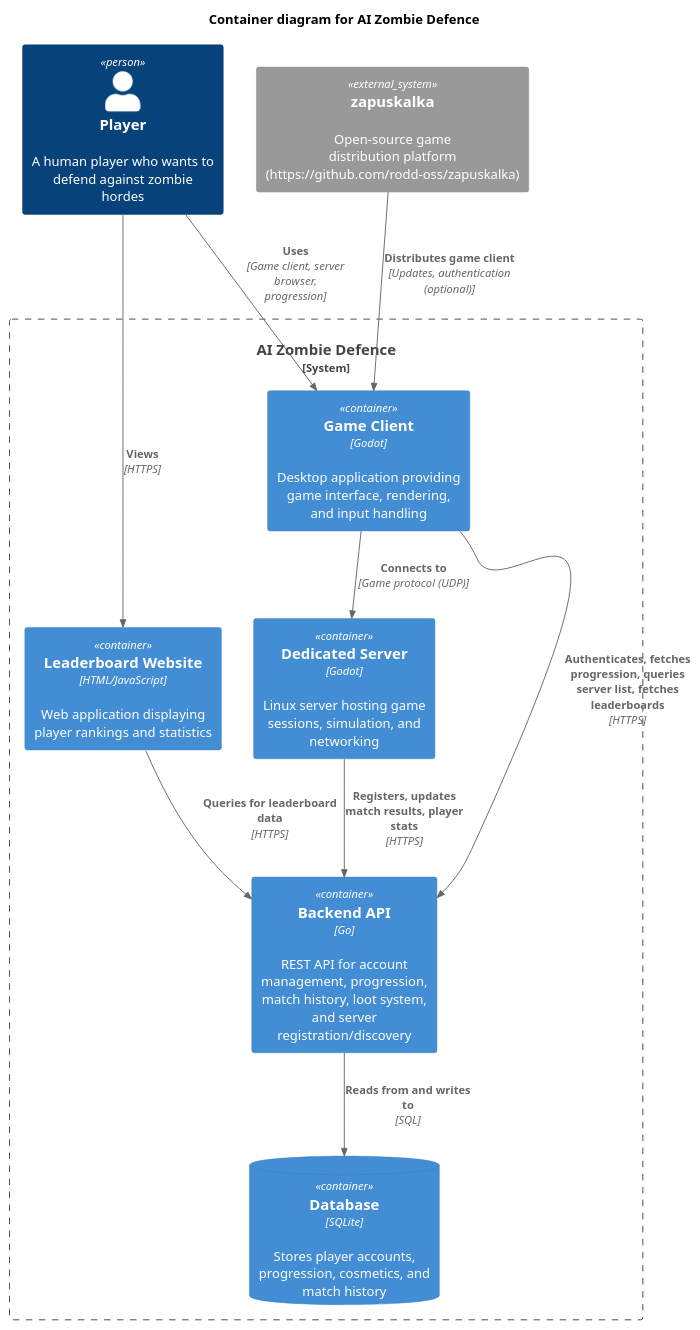
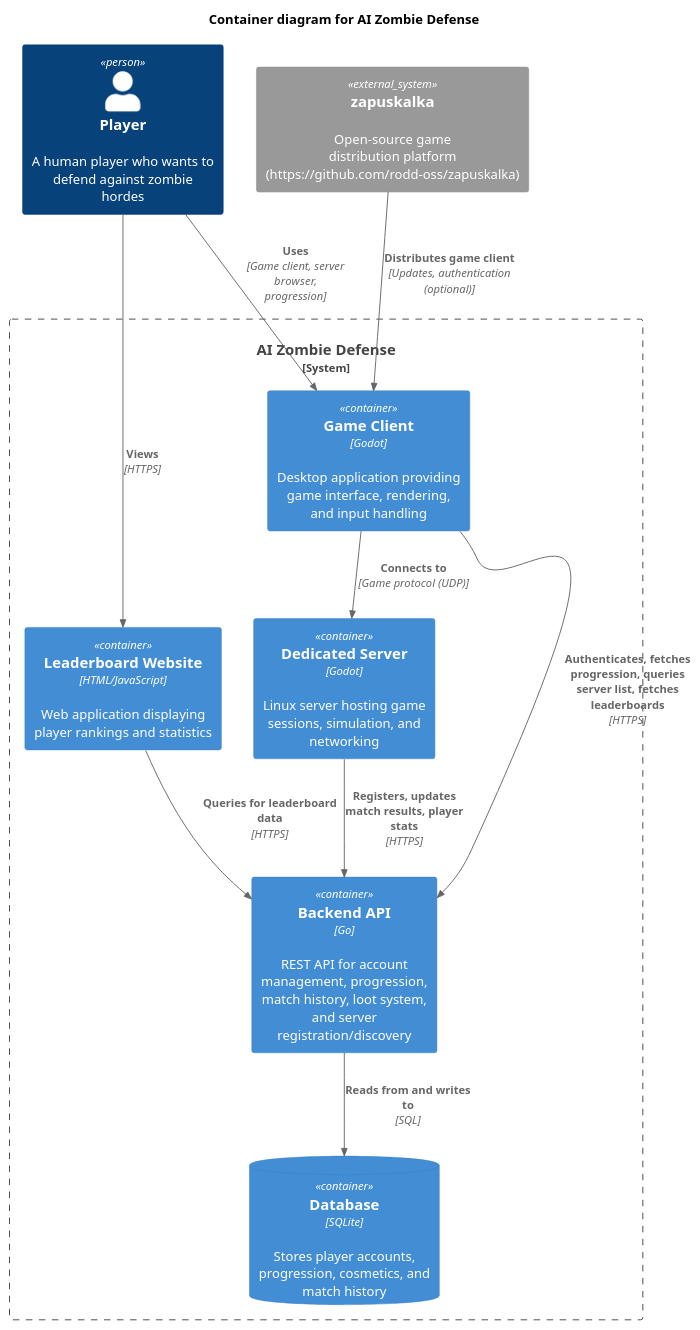
Before and after one commit to rodd-oss/ai-zombie-defense: the diagram in docs/c4/container.puml, drawn with PlantUML. The commit also changed 7 other files, not shown here.

First line of the commit message:
Update C4 diagrams and PRD documentation

```diff
--- a/docs/c4/container.puml
+++ b/docs/c4/container.puml
@@ -1,52 +1,52 @@
 @startuml
 !include https://raw.githubusercontent.com/plantuml-stdlib/C4-PlantUML/master/C4_Container.puml
 
-title Container diagram for AI Zombie Defence
+title Container diagram for AI Zombie Defense
 
 ' Persons and external systems
 Person(player, "Player", "A human player who wants to defend against zombie hordes")
 System_Ext(zapuskalka, "zapuskalka", "Open-source game distribution platform (https://github.com/rodd-oss/zapuskalka)")
 
 ' AI Zombie Defence system boundary with internal containers
-System_Boundary(ai_zombie_defence, "AI Zombie Defence") {
+System_Boundary(ai_zombie_defence, "AI Zombie Defense") {
   Container(game_client, "Game Client", "Godot", "Desktop application providing game interface, rendering, and input handling")
   Container(dedicated_server, "Dedicated Server", "Godot", "Linux server hosting game sessions, simulation, and networking")
   Container(backend_api, "Backend API", "Go", "REST API for account management, progression, match history, loot system, and server registration/discovery")
   ContainerDb(database, "Database", "SQLite", "Stores player accounts, progression, cosmetics, and match history")
   Container(leaderboard_website, "Leaderboard Website", "HTML/JavaScript", "Web application displaying player rankings and statistics")
 }
 
 ' Relationships
 ' Player uses Game Client
 Rel(player, game_client, "Uses", "Game client, server browser, progression")
 
 ' Game Client communicates with Dedicated Server for gameplay
 Rel(game_client, dedicated_server, "Connects to", "Game protocol (UDP)")
 
 ' Game Client communicates with Backend API for account, progression, server list, and leaderboards
 Rel(game_client, backend_api, "Authenticates, fetches progression, queries server list, fetches leaderboards", "HTTPS")
 
 ' Dedicated Server registers with Backend API and updates match results
 Rel(dedicated_server, backend_api, "Registers, updates match results, player stats", "HTTPS")
 
 ' Backend API reads/writes to Database
 Rel(backend_api, database, "Reads from and writes to", "SQL")
 
 ' zapuskalka distributes Game Client
 Rel(zapuskalka, game_client, "Distributes game client", "Updates, authentication (optional)")
 
 ' Player views leaderboard website
 Rel(player, leaderboard_website, "Views", "HTTPS")
 
 ' Leaderboard website queries Backend API for data
 Rel(leaderboard_website, backend_api, "Queries for leaderboard data", "HTTPS")
 
 ' Diagram references
 ' See context diagram: docs/c4/context.puml
 ' See component diagrams: docs/c4/containers/*.puml
 ' - Game Client components: docs/c4/containers/game-client.puml
 ' - Dedicated Server components: docs/c4/containers/dedicated-server.puml
 ' - Backend API components: docs/c4/containers/backend-api.puml
-' - (More component diagrams can be added for other containers)
+' - Leaderboard Website components: docs/c4/containers/leaderboard-website.puml
 
 @enduml
```
